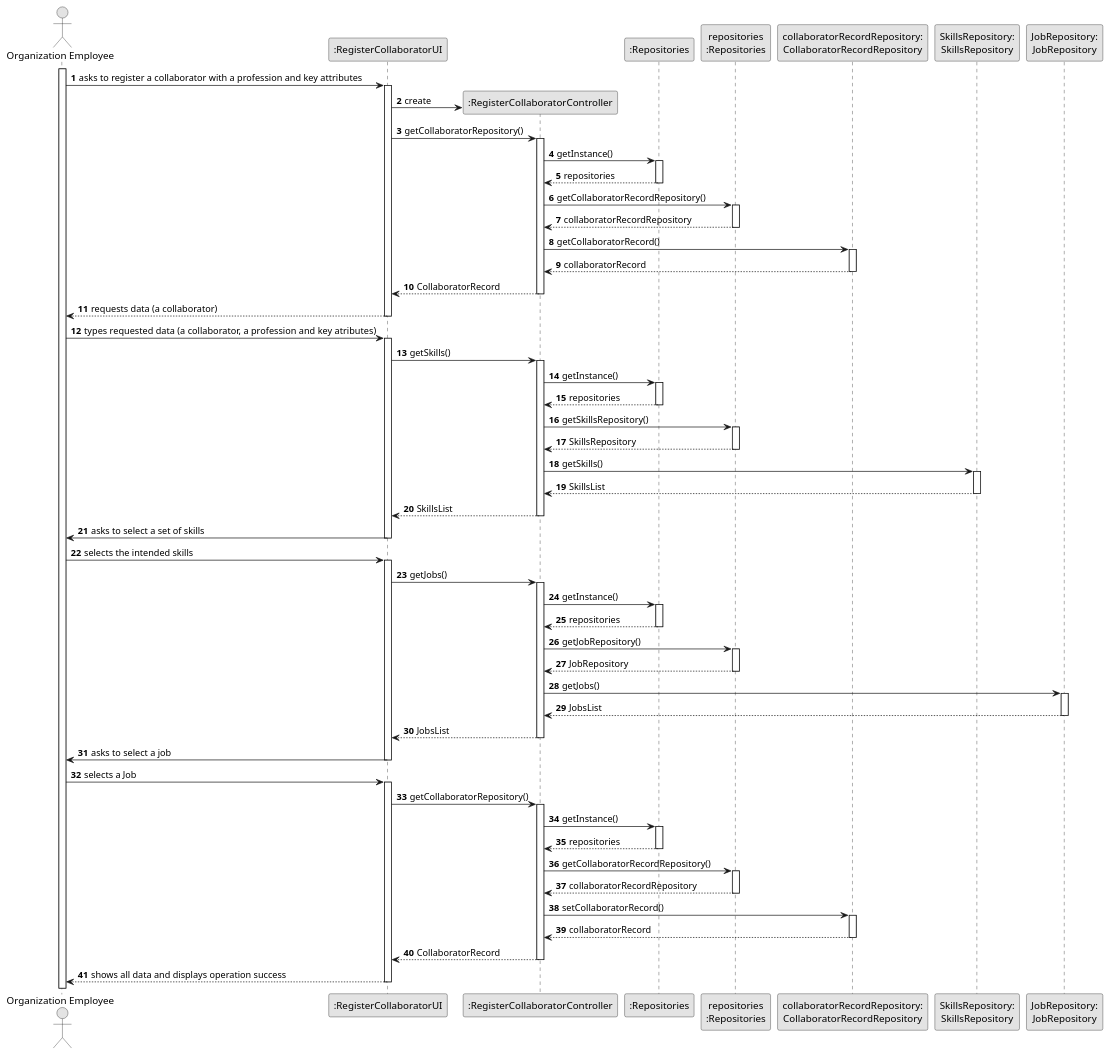
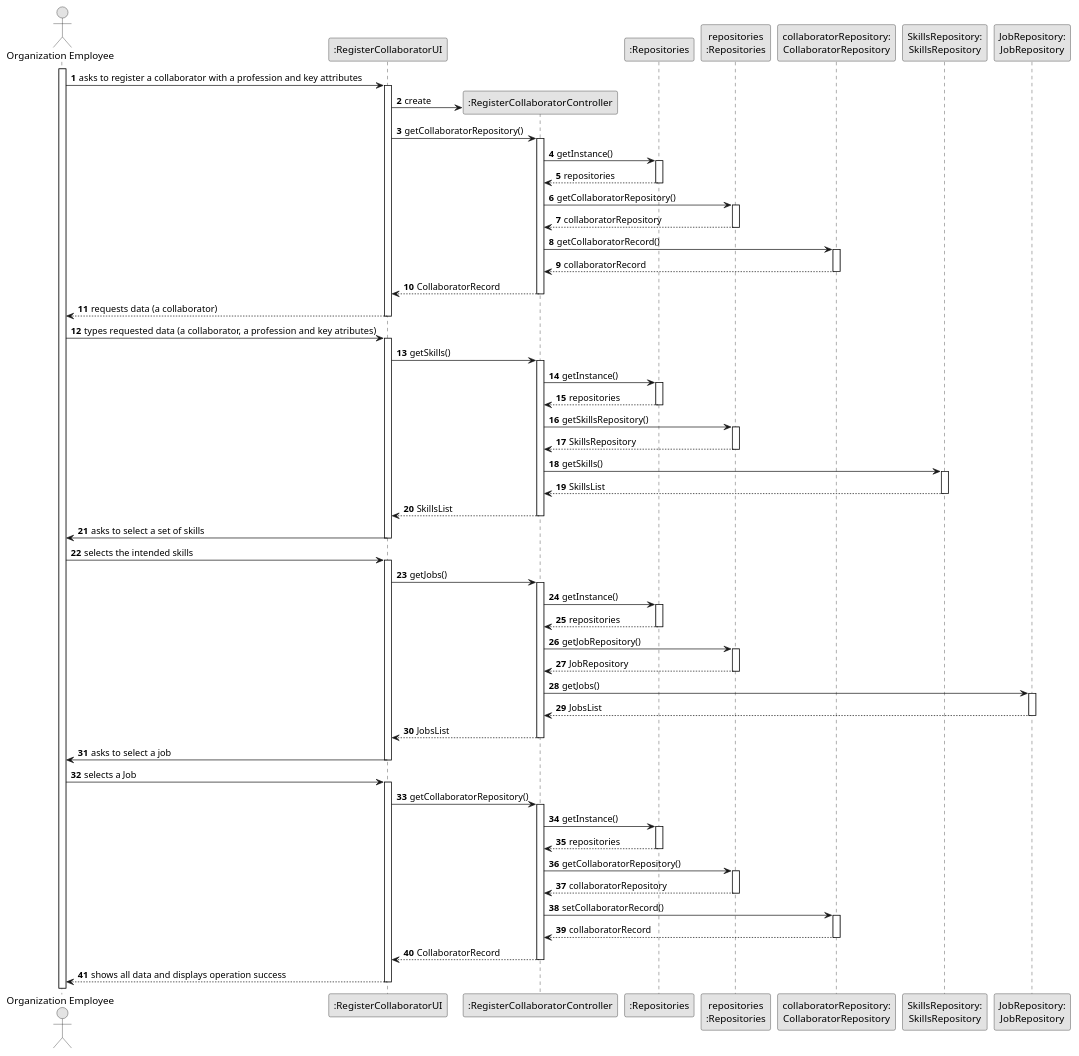
One commit to Departamento-de-Engenharia-Informatica/lei-24-s2-1df-1de-g063 changed the diagram in docs/sprintB/us003/03.design/puml/us03-sequence-diagram-full.puml. Above: the diagram before and after it, drawn with PlantUML. The commit also changed 1 other file, not shown here.

```diff
--- a/docs/sprintB/us003/03.design/puml/us03-sequence-diagram-full.puml
+++ b/docs/sprintB/us003/03.design/puml/us03-sequence-diagram-full.puml
@@ -1,145 +1,145 @@
 @startuml
 skinparam monochrome true
 skinparam packageStyle rectangle
 skinparam shadowing false
 
 autonumber
 
 'hide footbox
 actor "Organization Employee" as ADM
 participant ":RegisterCollaboratorUI" as UI
 participant ":RegisterCollaboratorController" as CTRL
 participant ":Repositories" as RepositorySingleton
 participant "repositories\n:Repositories" as PLAT
-participant "collaboratorRecordRepository:\nCollaboratorRecordRepository" as CollaboratorRecordRepository
+participant "collaboratorRepository:\nCollaboratorRepository" as CollaboratorRepository
 participant "SkillsRepository:\nSkillsRepository" as SkillsRepository
 participant "JobRepository:\nJobRepository" as JobRepository
 
 
 activate ADM
 
         ADM -> UI : asks to register a collaborator with a profession and key attributes
 
         activate UI
 
 '            UI --> ADM : requests data (reference, description,  informal \n description, technical description, duration, cost)
             'create CTRL
             UI -> CTRL** : create
 
             UI -> CTRL : getCollaboratorRepository()
             activate CTRL
 
                 CTRL -> RepositorySingleton : getInstance()
                 activate RepositorySingleton
 
                     RepositorySingleton --> CTRL: repositories
                 deactivate RepositorySingleton
 
-                CTRL -> PLAT : getCollaboratorRecordRepository()
+                CTRL -> PLAT : getCollaboratorRepository()
                 activate PLAT
 
-                    PLAT --> CTRL: collaboratorRecordRepository
+                    PLAT --> CTRL: collaboratorRepository
                 deactivate PLAT
 
-                CTRL -> CollaboratorRecordRepository : getCollaboratorRecord()
-                activate CollaboratorRecordRepository
+                CTRL -> CollaboratorRepository : getCollaboratorRecord()
+                activate CollaboratorRepository
 
-                    CollaboratorRecordRepository --> CTRL : collaboratorRecord
-                deactivate CollaboratorRecordRepository
+                    CollaboratorRepository --> CTRL : collaboratorRecord
+                deactivate CollaboratorRepository
 
 
                 CTRL --> UI : CollaboratorRecord
             deactivate CTRL
 
             UI --> ADM : requests data (a collaborator)
                     deactivate UI
 
                 ADM -> UI : types requested data (a collaborator, a profession and key atributes)
         activate UI
 
     UI -> CTRL : getSkills()
                 activate CTRL
 
                     CTRL -> RepositorySingleton : getInstance()
                     activate RepositorySingleton
 
                         RepositorySingleton --> CTRL: repositories
                     deactivate RepositorySingleton
 
                     CTRL -> PLAT : getSkillsRepository()
                     activate PLAT
 
                         PLAT --> CTRL: SkillsRepository
                     deactivate PLAT
 
                     CTRL -> SkillsRepository : getSkills()
                     activate SkillsRepository
 
                         SkillsRepository --> CTRL : SkillsList
                     deactivate SkillsRepository
 
 
                     CTRL --> UI : SkillsList
                 deactivate CTRL
                         UI -> ADM : asks to select a set of skills
     deactivate UI
                             ADM -> UI : selects the intended skills
             activate UI
 
         UI -> CTRL : getJobs()
                     activate CTRL
 
                         CTRL -> RepositorySingleton : getInstance()
                         activate RepositorySingleton
 
                             RepositorySingleton --> CTRL: repositories
                         deactivate RepositorySingleton
 
                         CTRL -> PLAT : getJobRepository()
                         activate PLAT
 
                             PLAT --> CTRL: JobRepository
                         deactivate PLAT
 
                         CTRL -> JobRepository : getJobs()
                         activate JobRepository
 
                             JobRepository --> CTRL : JobsList
                         deactivate JobRepository
 
 
                         CTRL --> UI : JobsList
                     deactivate CTRL
                         UI -> ADM : asks to select a job
 
         deactivate UI
                                     ADM -> UI : selects a Job
             activate UI
              UI -> CTRL : getCollaboratorRepository()
                         activate CTRL
 
                             CTRL -> RepositorySingleton : getInstance()
                             activate RepositorySingleton
 
                                 RepositorySingleton --> CTRL: repositories
                             deactivate RepositorySingleton
 
-                            CTRL -> PLAT : getCollaboratorRecordRepository()
+                            CTRL -> PLAT : getCollaboratorRepository()
                             activate PLAT
 
-                                PLAT --> CTRL: collaboratorRecordRepository
+                                PLAT --> CTRL: collaboratorRepository
                             deactivate PLAT
 
-                            CTRL -> CollaboratorRecordRepository : setCollaboratorRecord()
-                            activate CollaboratorRecordRepository
+                            CTRL -> CollaboratorRepository : setCollaboratorRecord()
+                            activate CollaboratorRepository
 
-                                CollaboratorRecordRepository --> CTRL : collaboratorRecord
-                            deactivate CollaboratorRecordRepository
+                                CollaboratorRepository --> CTRL : collaboratorRecord
+                            deactivate CollaboratorRepository
 
 
                             CTRL --> UI : CollaboratorRecord
                         deactivate CTRL
                                 UI --> ADM : shows all data and displays operation success
-deactivate UI
+deactivate UI
 
 @enduml
```
